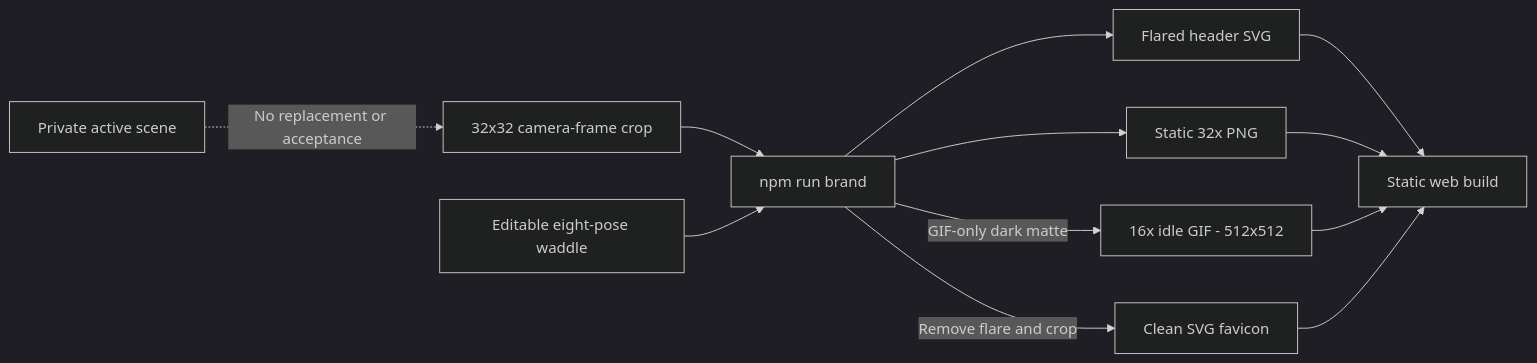
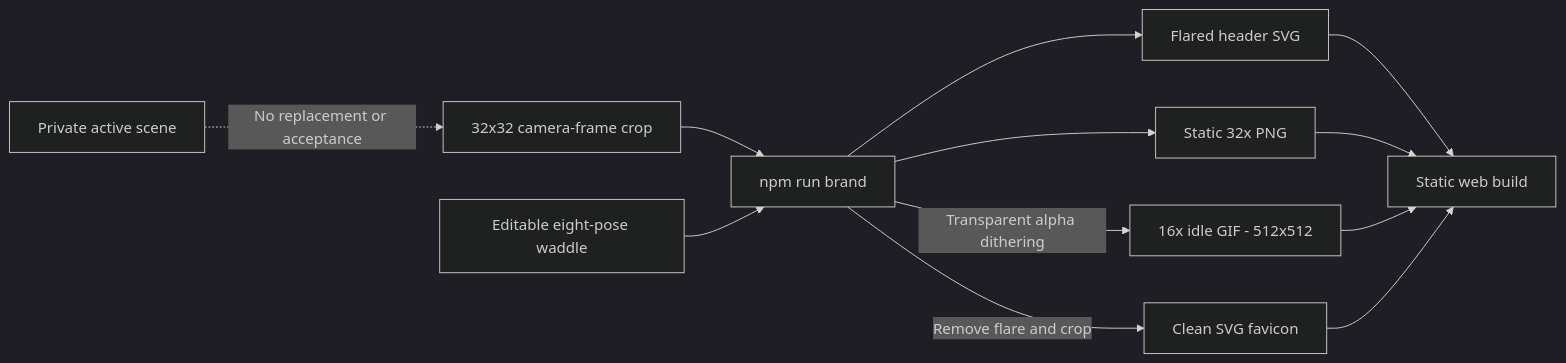
The diagram in docs/book/11-character-branding/README.md (Zanark/SpriteCanvas), drawn with Mermaid (dark theme) before and after one commit. The commit also changed other lines of this file and 22 other files, not shown here.

````diff
--- a/docs/book/11-character-branding/README.md
+++ b/docs/book/11-character-branding/README.md
@@ -9,16 +9,16 @@
 ```mermaid
 flowchart LR
     accTitle: Editable source to application branding
-    accDescr: Camera-frame and editable idle projects feed the brand generator. The app SVG and static PNG retain transparent flare, the favicon removes flare, and the 16x idle GIF uses an export-only dark matte.
+    accDescr: Camera-frame and editable idle projects feed the brand generator. The app SVG and static PNG retain full alpha, the favicon removes flare, and the idle GIF approximates flare alpha with transparent dithering and no matte.
     P["32x32 camera-frame crop"] --> G["npm run brand"]
     I["Editable eight-pose waddle"] --> G
     G --> S["Flared header SVG"]
     G --> N["Static 32x PNG"]
-    G -->|GIF-only dark matte| D["16x idle GIF - 512x512"]
+    G -->|Transparent alpha dithering| D["16x idle GIF - 512x512"]
     G -->|Remove flare and crop| F["Clean SVG favicon"]
     S --> W["Static web build"]
     N --> W
     D --> W
     F --> W
     A["Private active scene"] -. "No replacement or acceptance" .-> P
 ```
````
